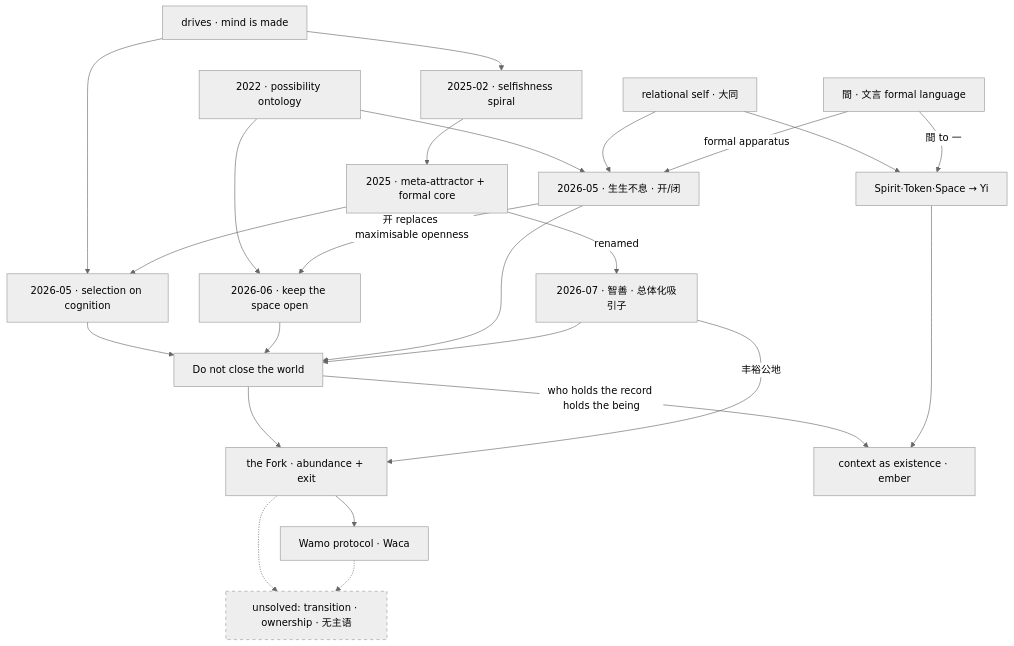
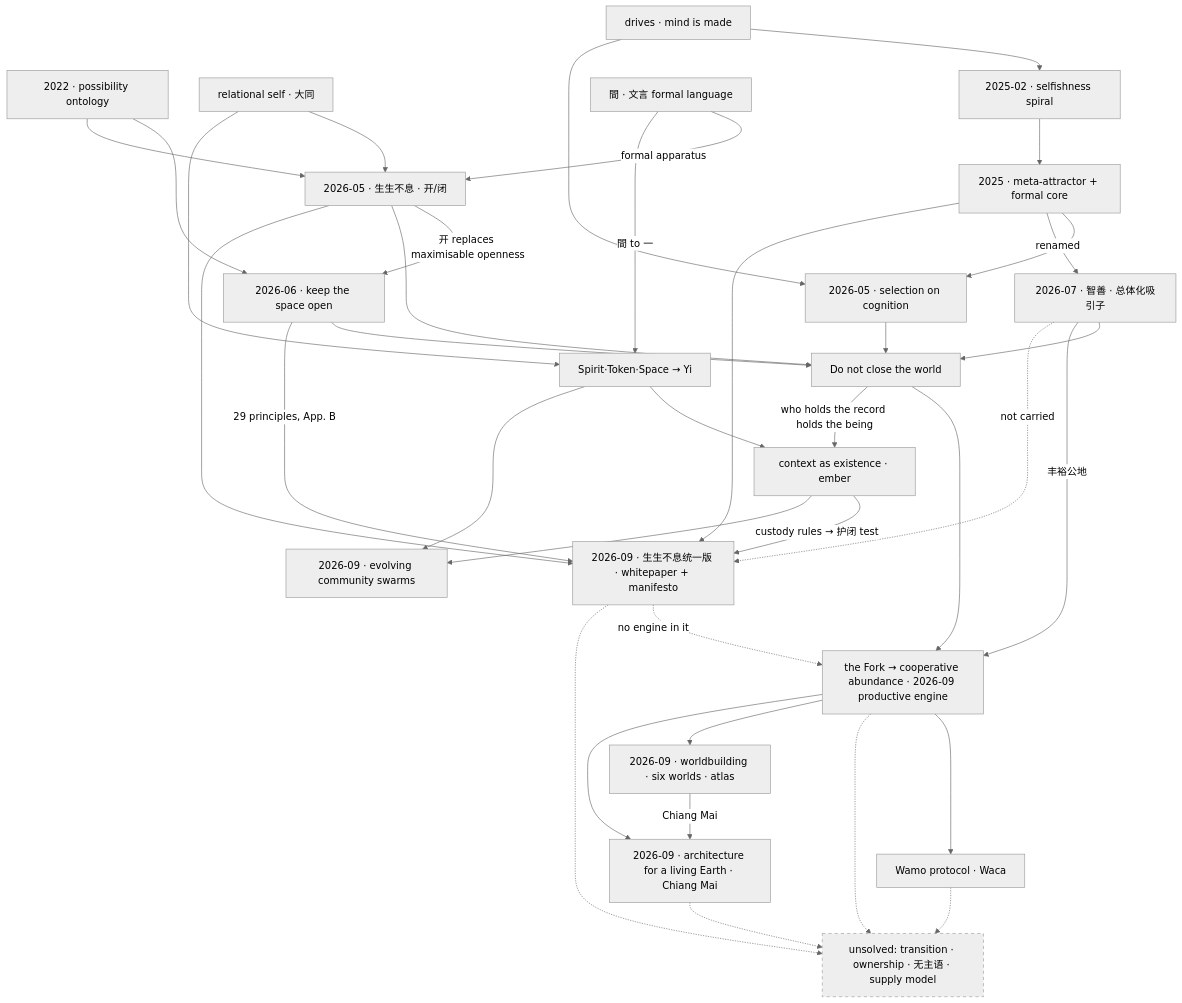
Before and after one commit to gee842/theories: the diagram in MAP.md, drawn with Mermaid (neutral theme). The commit also changed other lines of this file and 1 other file, not shown here.

````diff
--- a/MAP.md
+++ b/MAP.md
@@ -93,46 +172,63 @@
 ```mermaid
 graph TD
   WOP["2022 · possibility ontology"]
   DRIVES["drives · mind is made"]
   REL["relational self · 大同"]
   SPIRAL["2025-02 · selfishness spiral"]
   META["2025 · meta-attractor + formal core"]
   SEL["2026-05 · selection on cognition"]
   ZS["2026-07 · 智善 · 总体化吸引子"]
   SSBX["2026-05 · 生生不息 · 开/闭"]
   KPSO["2026-06 · keep the space open"]
   COMMIT["Do not close the world"]
-  FORK["the Fork · abundance + exit"]
+  FORK["the Fork → cooperative abundance · 2026-09 productive engine"]
+  UNI["2026-09 · 生生不息统一版 · whitepaper + manifesto"]
+  WB["2026-09 · worldbuilding · six worlds · atlas"]
+  ARCH["2026-09 · architecture for a living Earth · Chiang Mai"]
+  SWARM["2026-09 · evolving community swarms"]
   WAMO["Wamo protocol · Waca"]
   JIAN["間 · 文言 formal language"]
   STS["Spirit·Token·Space → Yi"]
   CTX["context as existence · ember"]
-  GAP["unsolved: transition · ownership · 无主语"]
+  GAP["unsolved: transition · ownership · 无主语 · supply model"]
 
   WOP --> KPSO
   WOP --> SSBX
   DRIVES --> SPIRAL
   DRIVES --> SEL
   REL --> SSBX
   REL --> STS
   SPIRAL --> META
   META --> SEL
   META -->|"renamed"| ZS
   JIAN -->|"formal apparatus"| SSBX
   JIAN -->|"間 to 一"| STS
   SSBX -->|"开 replaces maximisable openness"| KPSO
   SEL --> COMMIT
   KPSO --> COMMIT
   SSBX --> COMMIT
   ZS --> COMMIT
   COMMIT --> FORK
   ZS -->|"丰裕公地"| FORK
   FORK --> WAMO
   COMMIT -->|"who holds the record holds the being"| CTX
   STS --> CTX
   FORK -.-> GAP
   WAMO -.-> GAP
+  SSBX --> UNI
+  META --> UNI
+  KPSO -->|"29 principles, App. B"| UNI
+  CTX -->|"custody rules → 护闭 test"| UNI
+  FORK --> WB
+  FORK --> ARCH
+  WB -->|"Chiang Mai"| ARCH
+  STS --> SWARM
+  CTX --> SWARM
+  ZS -.->|"not carried"| UNI
+  UNI -.->|"no engine in it"| FORK
+  UNI -.-> GAP
+  ARCH -.-> GAP
 
   classDef gap stroke-dasharray:5 5;
   class GAP gap;
 ```
````
